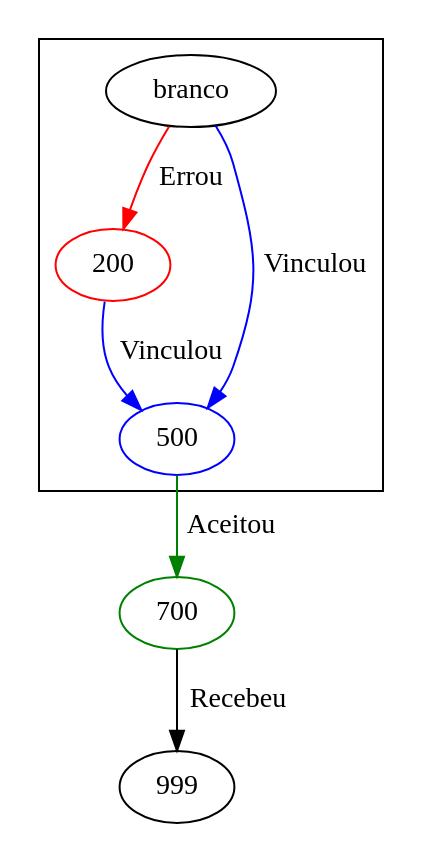
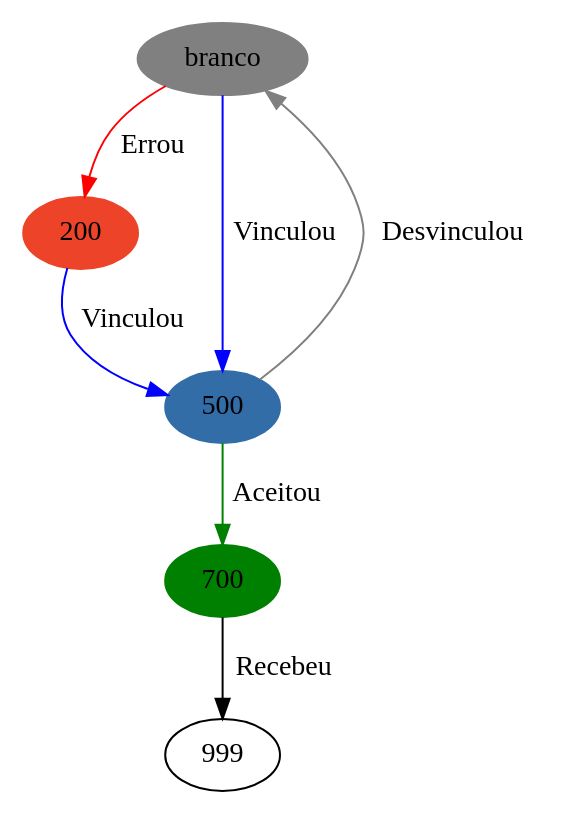
Before and after one commit to GiovaniPM/Graphs: the diagram in Fluxo Status XML.gv, drawn with Graphviz.

Commit message:
Giovani_Mesquita(RBST10164) 200114144018

```diff
--- a/Fluxo Status XML.gv
+++ b/Fluxo Status XML.gv
@@ -1,17 +1,13 @@
 digraph {
-    branco;
-    200 [color=red];
-    500 [color=blue];
-    700 [color=green];
+    branco [style = filled color=gray];
+    200 [style = filled color="#ed4328"];
+    500 [style = filled color="#326da8"];
+    700 [style = filled color=green];
     999;   
-    subgraph cluster_0 {
-        branco;
-        200;
-        500;
-    }
     branco -> 500 [color=blue label="Vinculou"];
     branco -> 200 [color=red label="Errou"];
     200 -> 500 [color=blue label="Vinculou"];
+    500 -> branco [color=gray label="Desvinculou"];
     500 -> 700 [color=green label="Aceitou"];
     700 -> 999 [label="Recebeu"];
 }
```
